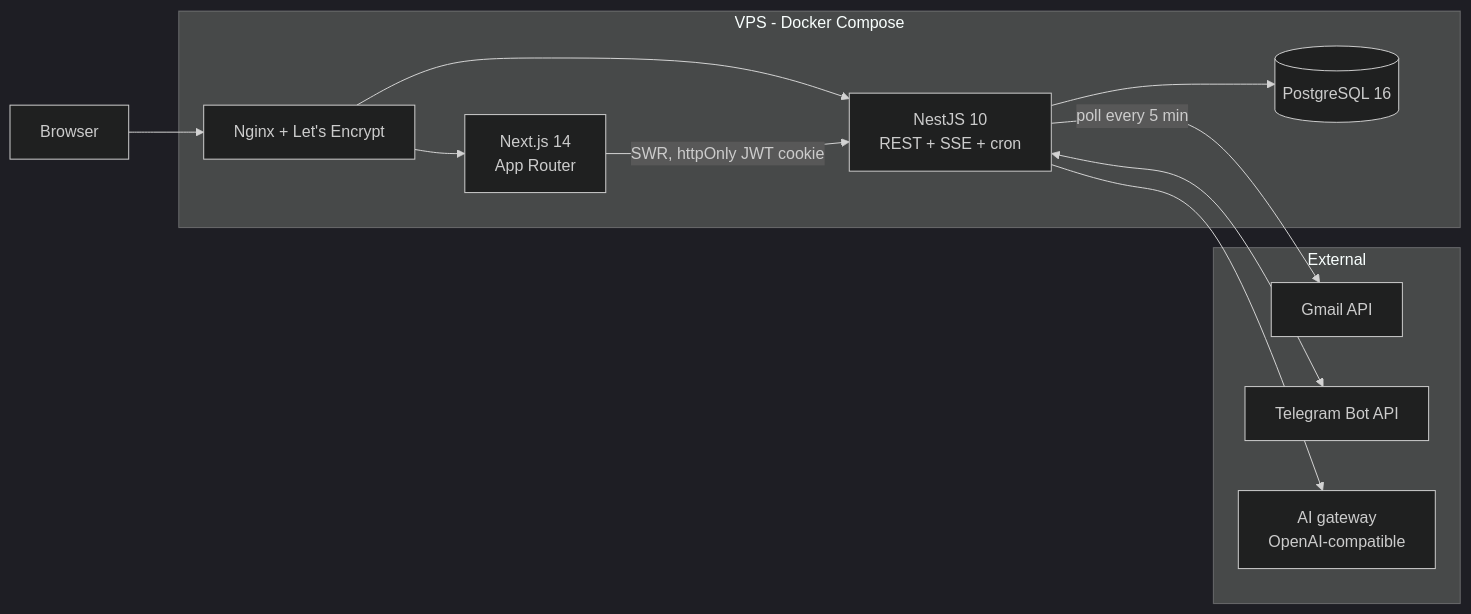
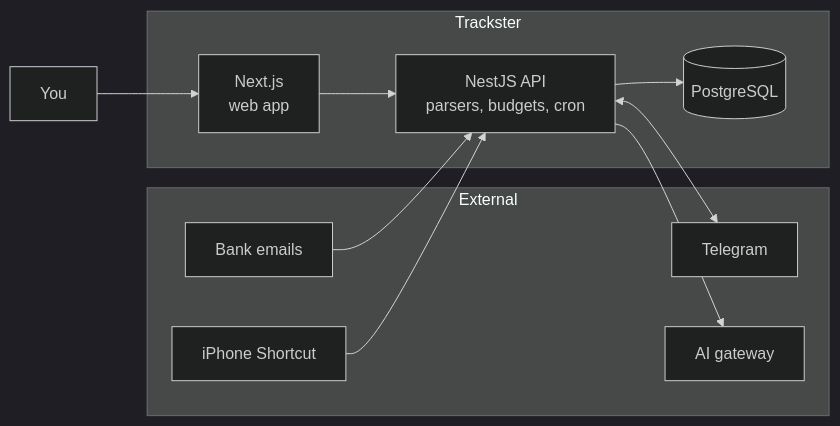
The diagram in README.md (ArzakaRaffan/trackster), drawn with Mermaid (dark theme) before and after one commit. The commit also changed other lines of this file and 4 other files, not shown here.

````diff
--- a/README.md
+++ b/README.md
@@ -69,24 +77,23 @@
 ```mermaid
 flowchart LR
   subgraph External
-    GM[Gmail API]
-    TG[Telegram Bot API]
-    AI[AI gateway<br/>OpenAI-compatible]
+    EM[Bank emails]
+    TG[Telegram]
+    AI[AI gateway]
+    IP[iPhone Shortcut]
   end
 
-  subgraph VPS["VPS - Docker Compose"]
-    NX[Nginx + Let's Encrypt]
-    FE[Next.js 14<br/>App Router]
-    BE[NestJS 10<br/>REST + SSE + cron]
-    DB[(PostgreSQL 16)]
+  subgraph Trackster
+    FE[Next.js<br/>web app]
+    BE[NestJS API<br/>parsers, budgets, cron]
+    DB[(PostgreSQL)]
   end
 
-  U[Browser] --> NX
-  NX --> FE
-  NX --> BE
-  FE -- "SWR, httpOnly JWT cookie" --> BE
-  BE --> DB
-  BE -- "poll every 5 min" --> GM
+  U[You] --> FE
+  FE --> BE
+  EM --> BE
+  IP --> BE
   BE <--> TG
   BE --> AI
+  BE --> DB
 ```
````
